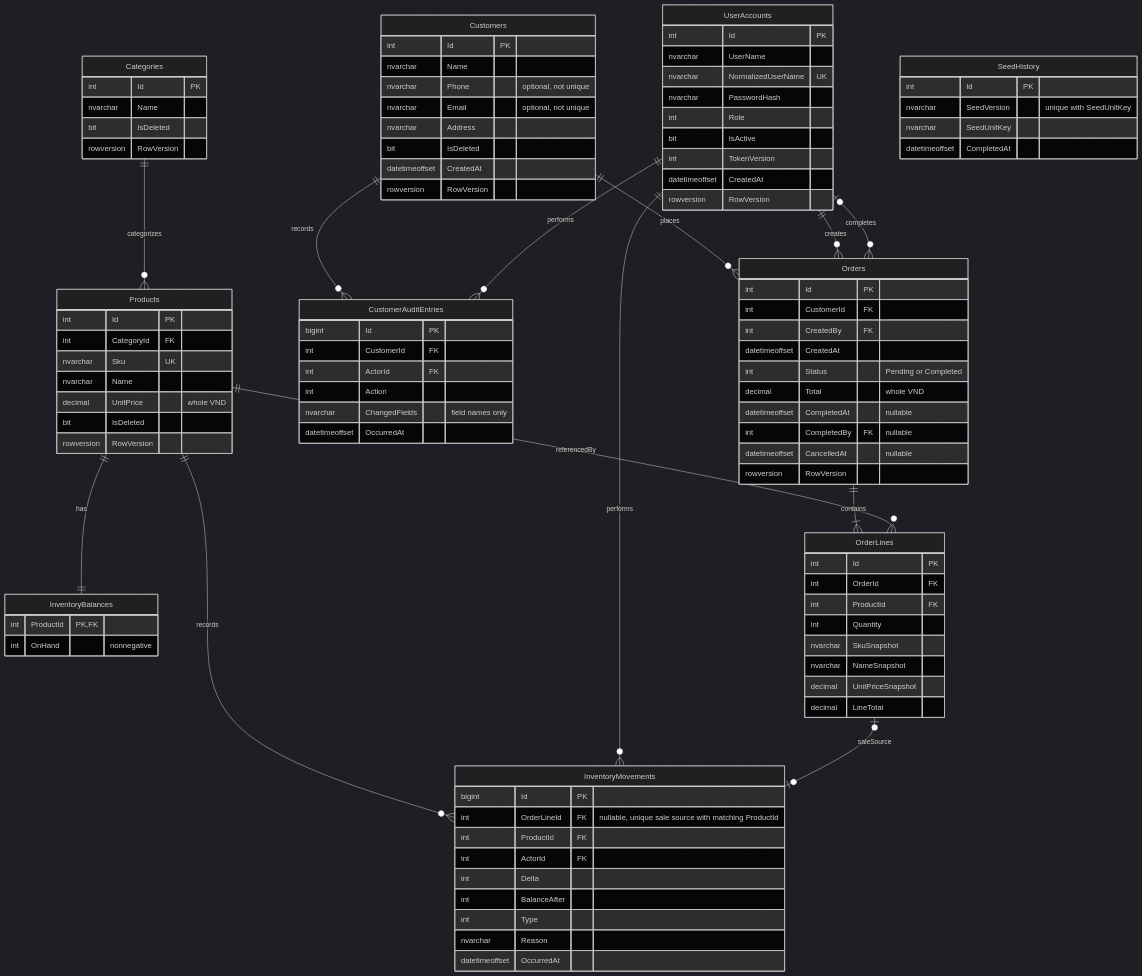
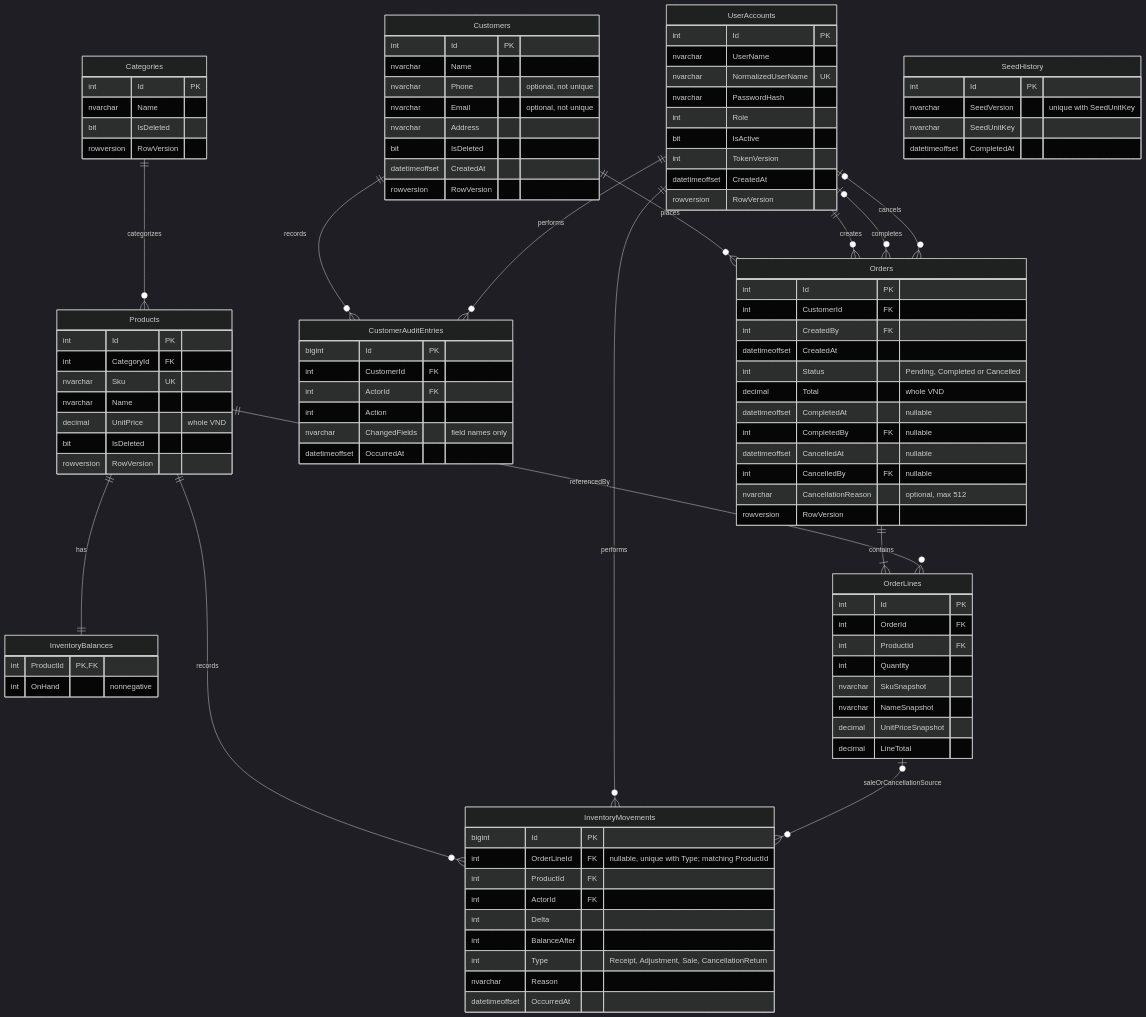
The diagram in README.md (pvanh02/Order-Inventory-Management), drawn with Mermaid (dark theme) before and after one commit. The commit also changed other lines of this file and 1 other file, not shown here.

Commit message:
docs(orders): document cancellation and lifecycle guarantees

```diff
--- a/README.md
+++ b/README.md
@@ -123,19 +124,22 @@
     Customers ||--o{ Orders : places
     UserAccounts ||--o{ Orders : creates
     UserAccounts |o--o{ Orders : completes
+    UserAccounts |o--o{ Orders : cancels
     Orders ||--|{ OrderLines : contains
     Products ||--o{ OrderLines : referencedBy
-    OrderLines |o--o| InventoryMovements : saleSource
+    OrderLines |o--o{ InventoryMovements : saleOrCancellationSource
     Orders {
         int Id PK
         int CustomerId FK
         int CreatedBy FK
         datetimeoffset CreatedAt
-        int Status "Pending or Completed"
+        int Status "Pending, Completed or Cancelled"
         decimal Total "whole VND"
         datetimeoffset CompletedAt "nullable"
         int CompletedBy FK "nullable"
         datetimeoffset CancelledAt "nullable"
+        int CancelledBy FK "nullable"
+        nvarchar CancellationReason "optional, max 512"
         rowversion RowVersion
     }
     OrderLines {
@@ -187,12 +191,12 @@
     }
     InventoryMovements {
         bigint Id PK
-        int OrderLineId FK "nullable, unique sale source with matching ProductId"
+        int OrderLineId FK "nullable, unique with Type; matching ProductId"
         int ProductId FK
         int ActorId FK
         int Delta
         int BalanceAfter
-        int Type
+        int Type "Receipt, Adjustment, Sale, CancellationReturn"
         nvarchar Reason
         datetimeoffset OccurredAt
     }
```
